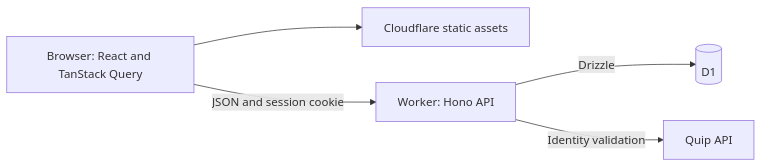
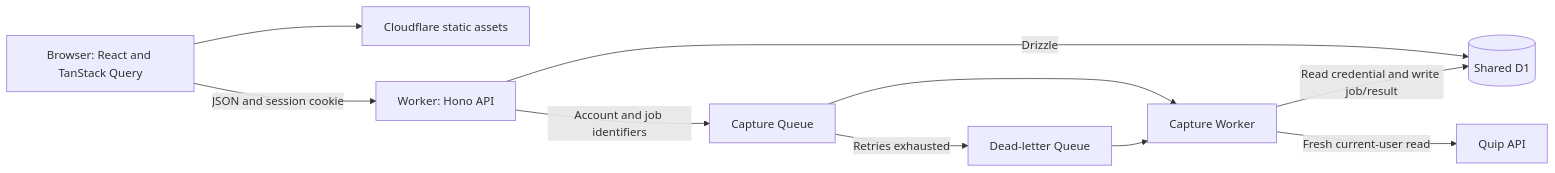
One commit to mihaip/quipisdead changed the diagram in docs/architecture.md. Above: the diagram before and after it, drawn with Mermaid. The commit also changed other lines of this file and 30 other files, not shown here.

First line of the commit message:
Add background profile capture with job and progress history

````diff
--- a/docs/architecture.md
+++ b/docs/architecture.md
@@ -9,7 +9,12 @@
 ```mermaid
 flowchart LR
   Browser[Browser: React and TanStack Query] --> Assets[Cloudflare static assets]
   Browser -->|JSON and session cookie| API[Worker: Hono API]
-  API -->|Drizzle| D1[(D1)]
-  API -->|Identity validation| Quip[Quip API]
+  API -->|Drizzle| D1[(Shared D1)]
+  API -->|Account and job identifiers| Queue[Capture Queue]
+  Queue --> Capture[Capture Worker]
+  Queue -->|Retries exhausted| Failed[Dead-letter Queue]
+  Failed --> Capture
+  Capture -->|Read credential and write job/result| D1
+  Capture -->|Fresh current-user read| Quip[Quip API]
 ```
````
